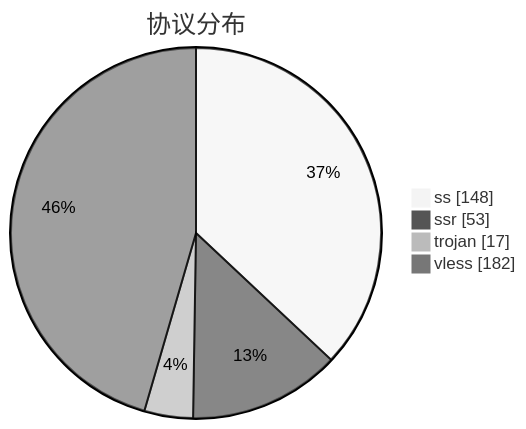
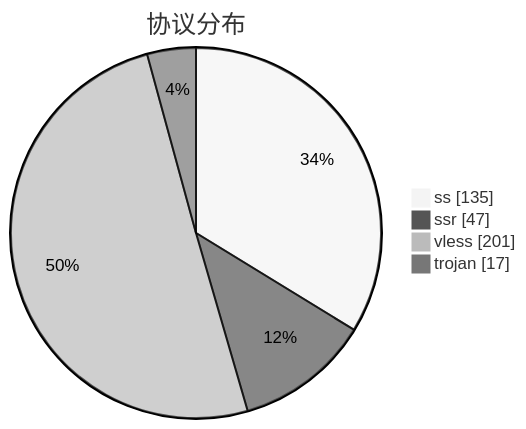
One commit to qjlxg/airport changed the third of 3 diagrams in subs/statistics/tested_within.md. Above: the diagram before and after it, drawn with Mermaid (neutral theme). The commit also changed other lines of this file and 2 other files, not shown here.

````diff
--- a/subs/statistics/tested_within.md
+++ b/subs/statistics/tested_within.md
@@ -17,8 +19,8 @@
 ```mermaid
 pie showData
 title 协议分布
-"ss" : 148
-"ssr" : 53
+"ss" : 135
+"ssr" : 47
+"vless" : 201
 "trojan" : 17
-"vless" : 182
 ```
````
